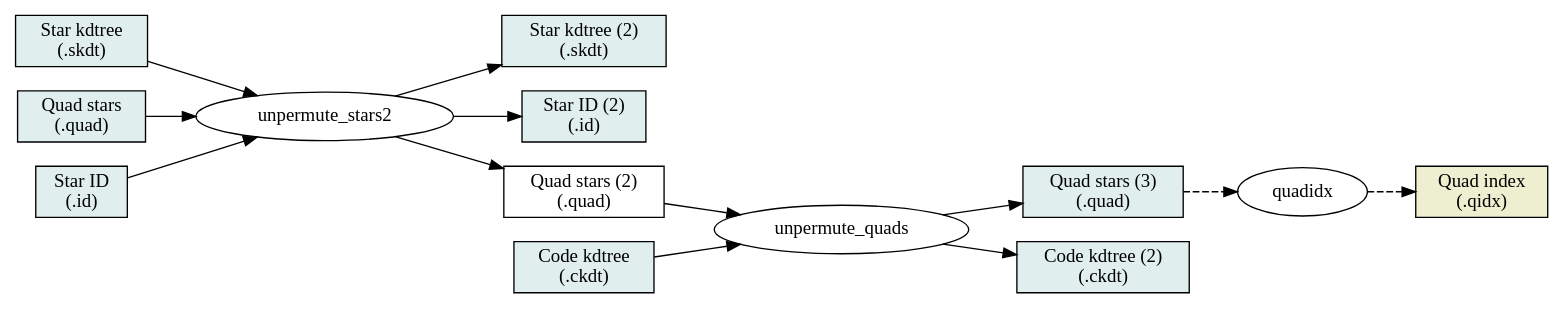
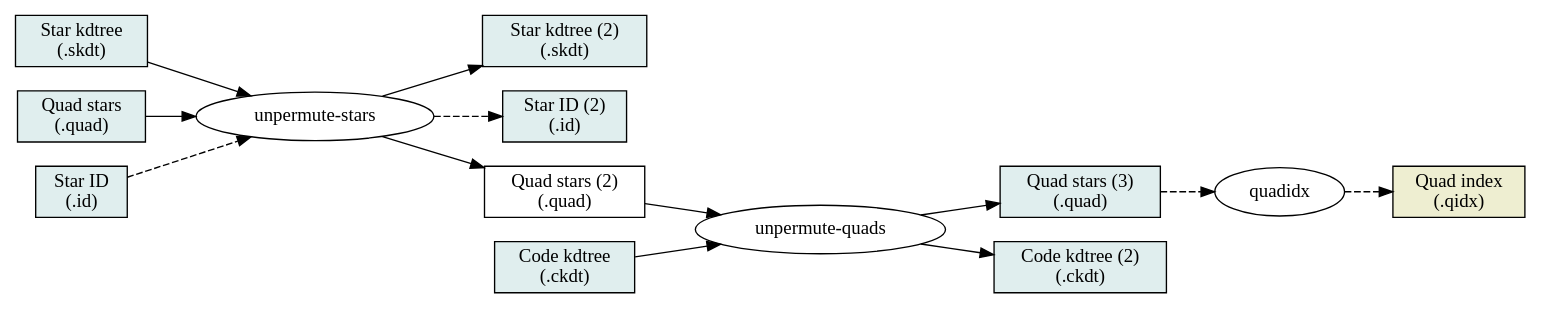
One commit to blackball/an-test6 changed the diagram in src/quads/pipeline1b.dot. Above: the diagram before and after it, drawn with Graphviz. The commit also changed 4 other files, not shown here.

```diff
--- a/src/quads/pipeline1b.dot
+++ b/src/quads/pipeline1b.dot
@@ -1,38 +1,41 @@
 graph P {
 	graph [ rankdir = LR ];
 	node [ shape=box ];
 	edge [ dir=forward ];
 	node [ style=filled, fillcolor=azure2 ];
 
 	skdt [ label="Star kdtree\n(.skdt)" ];
 	quad  [ label="Quad stars\n(.quad)" ];
 	id    [ label="Star ID\n(.id)" ];
 	ckdt  [ label="Code kdtree\n(.ckdt)" ];
 
 	quad3  [ label="Quad stars (3)\n(.quad)" ];
 	ckdt2  [ label="Code kdtree (2)\n(.ckdt)" ];
 	skdt2 [ label="Star kdtree (2)\n(.skdt)" ];
 	id2    [ label="Star ID (2)\n(.id)" ];
 
 	node [ style=filled, fillcolor=lightyellow2 ];
 	qidx [ label="Quad index\n(.qidx)" ];
 
 	node [ style="" ];
 	quad2  [ label="Quad stars (2)\n(.quad)" ];
 
 	node [ shape=ellipse ];
 
-	skdt -- unpermute_stars2 -- skdt2
-	id   -- unpermute_stars2 -- id2
-	quad -- unpermute_stars2 -- quad2
+	unperm_stars [ label="unpermute-stars" ];
+	unperm_quads [ label="unpermute-quads" ];
 
-	quad2 -- unpermute_quads -- quad3
-	ckdt  -- unpermute_quads -- ckdt2
+	skdt -- unperm_stars -- skdt2
+	id   -- unperm_stars -- id2 [ style=dashed ];
+	quad -- unperm_stars -- quad2
+
+	quad2 -- unperm_quads -- quad3
+	ckdt  -- unperm_quads -- ckdt2
 
 	edge [ style=dashed ];
 	quad3 -- quadidx -- qidx
 }
 
 // render with:
 //   dot -Tps2 -o pipeline1b.eps pipeline1b.dot
 //   epstopng pipeline1b.eps
```
